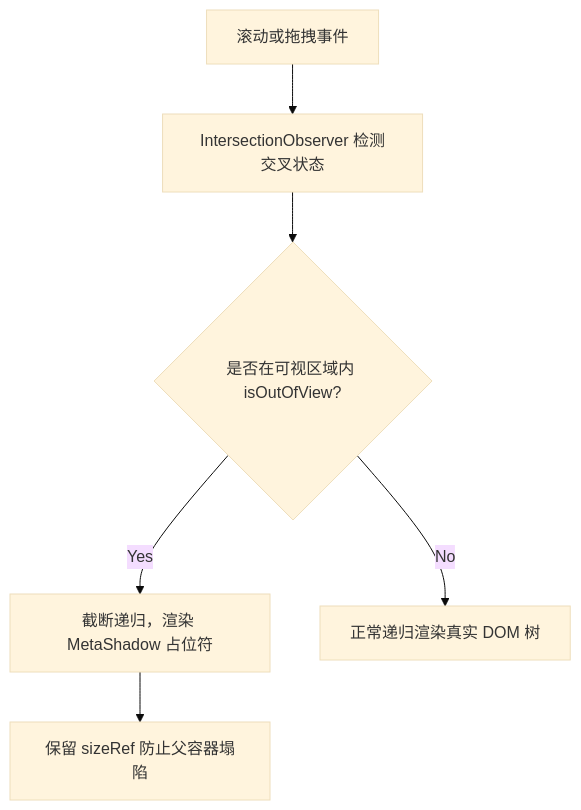
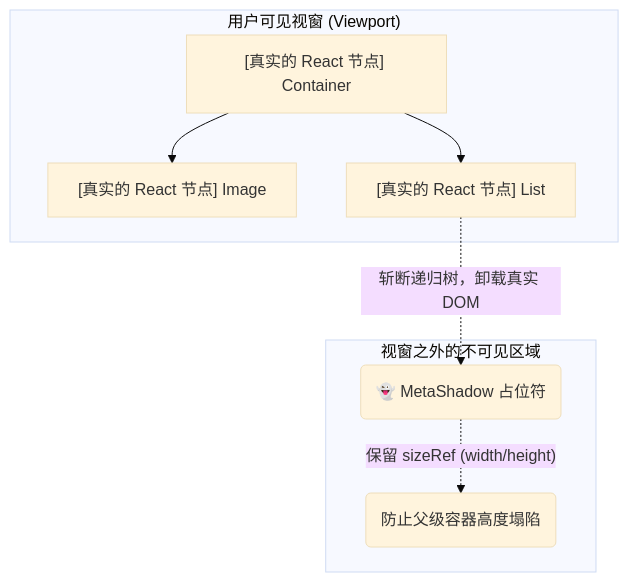
Before and after one commit to NollieLeo/NollieLeo.github.io: the fifth of 8 diagrams in src/content/posts/Zion无代码画布核心架构技术总结/index.md, drawn with Mermaid (base theme). The commit also changed other lines of this file and 2 other files, not shown here.

````diff
--- a/src/content/posts/Zion无代码画布核心架构技术总结/index.md
+++ b/src/content/posts/Zion无代码画布核心架构技术总结/index.md
@@ -272,8 +301,12 @@
 ```mermaid
 graph TD
-    A[滚动或拖拽事件] --> B[IntersectionObserver 检测交叉状态]
-    B --> C{是否在可视区域内 isOutOfView?}
-    C -- Yes --> D[截断递归，渲染 MetaShadow 占位符]
-    C -- No --> E[正常递归渲染真实 DOM 树]
-    D --> F[保留 sizeRef 防止父容器塌陷]
+    subgraph Browser_Window ["用户可见视窗 (Viewport)"]
+        A["[真实的 React 节点] Container"] --> B["[真实的 React 节点] Image"]
+        A --> C["[真实的 React 节点] List"]
+    end
+    
+    subgraph Out_Of_View ["视窗之外的不可见区域"]
+        C -.->|"斩断递归树，卸载真实 DOM"| D("👻 MetaShadow 占位符")
+        D -.->|"保留 sizeRef (width/height)"| E("防止父级容器高度塌陷")
+    end
 ```
````
